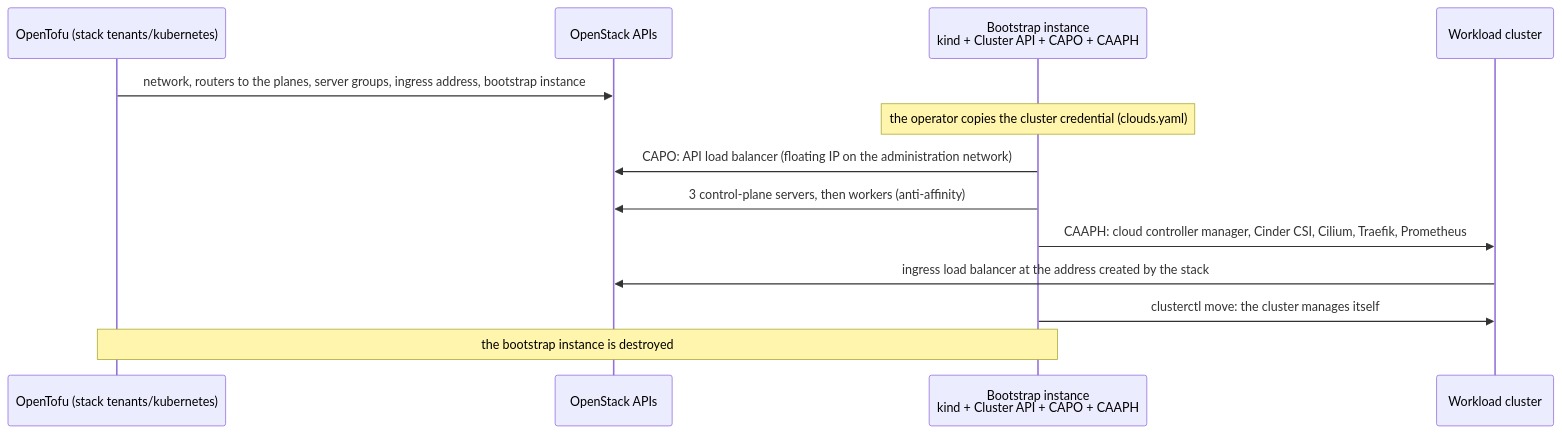
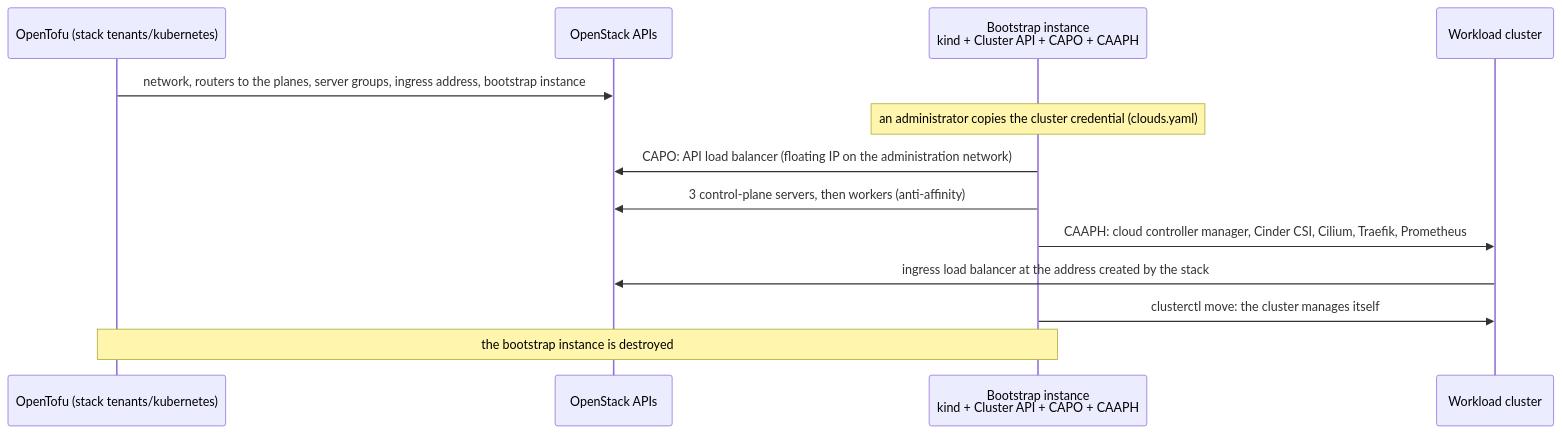
One commit to CyprisTech/openstack-multitenant-reference changed the ninth of 10 diagrams in docs/concepts/architecture.md. Above: the diagram before and after it, drawn with Mermaid. The commit also changed other lines of this file and 45 other files, not shown here.

````diff
--- a/docs/concepts/architecture.md
+++ b/docs/concepts/architecture.md
@@ -220,15 +258,15 @@
 ```mermaid
 sequenceDiagram
     participant TF as OpenTofu (stack tenants/kubernetes)
     participant OS as OpenStack APIs
     participant B as Bootstrap instance<br/>kind + Cluster API + CAPO + CAAPH
     participant W as Workload cluster
     TF->>OS: network, routers to the planes, server groups, ingress address, bootstrap instance
-    Note over B: the operator copies the cluster credential (clouds.yaml)
+    Note over B: an administrator copies the cluster credential (clouds.yaml)
     B->>OS: CAPO: API load balancer (floating IP on the administration network)
     B->>OS: 3 control-plane servers, then workers (anti-affinity)
     B->>W: CAAPH: cloud controller manager, Cinder CSI, Cilium, Traefik, Prometheus
     W->>OS: ingress load balancer at the address created by the stack
     B->>W: clusterctl move: the cluster manages itself
     Note over TF,B: the bootstrap instance is destroyed
 ```
````
